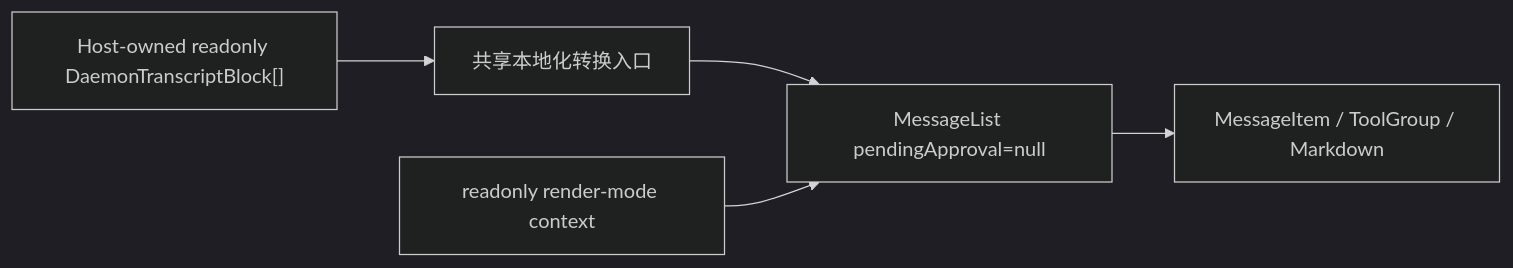
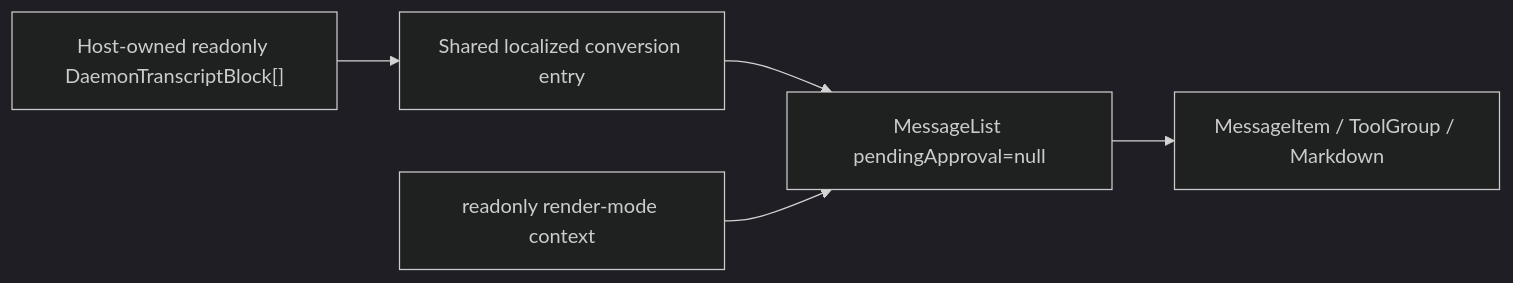
One commit to QwenLM/qwen-code changed the second of 2 diagrams in docs/design/2026-07-14-web-shell-readonly-daemon-transcript.md. Above: the diagram before and after it, drawn with Mermaid (dark theme). The commit also changed other lines of this file and 2 other files, not shown here.

Commit message:
docs(transcript): translate designs and remove benchmark table

````diff
--- a/docs/design/2026-07-14-web-shell-readonly-daemon-transcript.md
+++ b/docs/design/2026-07-14-web-shell-readonly-daemon-transcript.md
@@ -101,7 +82,7 @@
 ```mermaid
 flowchart LR
-  A["Host-owned readonly DaemonTranscriptBlock[]"] --> B["共享本地化转换入口"]
+  A["Host-owned readonly DaemonTranscriptBlock[]"] --> B["Shared localized conversion entry"]
   B --> D["MessageList pendingApproval=null"]
   E["readonly render-mode context"] --> D
   D --> F["MessageItem / ToolGroup / Markdown"]
 ```
````
